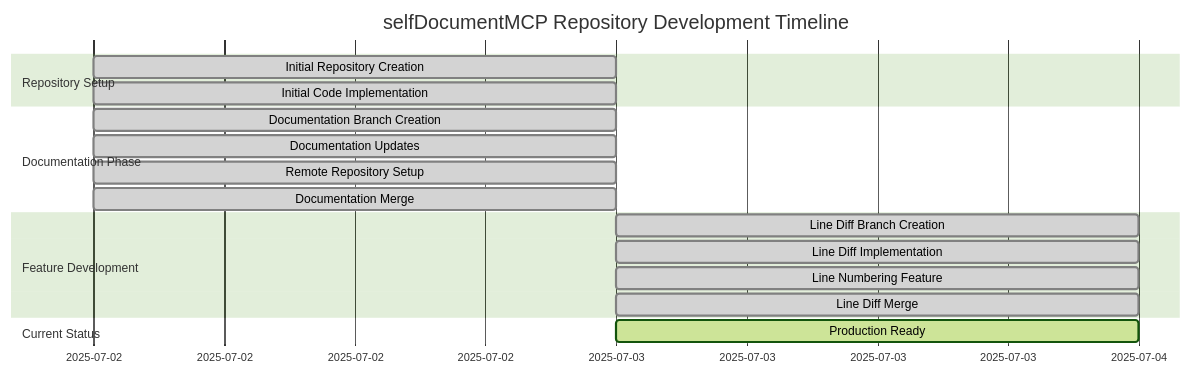
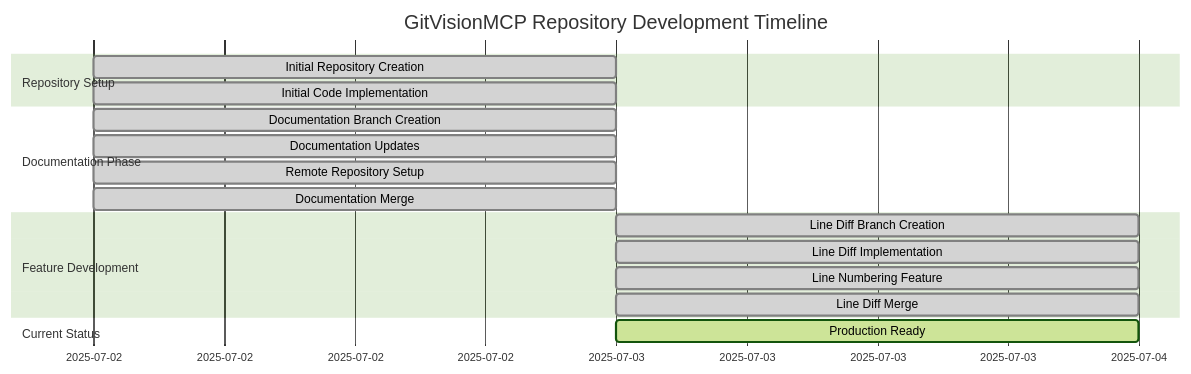
The second of 2 diagrams in MERGE_SUMMARY.md (MCPRUNNER/selfDocumentMCP), drawn with Mermaid (forest theme) before and after one commit. The commit also changed other lines of this file and 18 other files, not shown here.

Commit message:
Using new GitVisionMCP project name

````diff
--- a/MERGE_SUMMARY.md
+++ b/MERGE_SUMMARY.md
@@ -68,23 +68,23 @@
 ```mermaid
 gantt
-    title selfDocumentMCP Repository Development Timeline
+    title GitVisionMCP Repository Development Timeline
     dateFormat  YYYY-MM-DD
     section Repository Setup
     Initial Repository Creation    :done, init, 2025-07-02, 1d
     Initial Code Implementation    :done, code, 2025-07-02, 1d
 
     section Documentation Phase
     Documentation Branch Creation  :done, doc-branch, 2025-07-02, 1d
     Documentation Updates         :done, doc-work, 2025-07-02, 1d
     Remote Repository Setup       :done, remote, 2025-07-02, 1d
     Documentation Merge          :done, doc-merge, 2025-07-02, 1d
 
     section Feature Development
     Line Diff Branch Creation     :done, diff-branch, 2025-07-03, 1d
     Line Diff Implementation      :done, diff-work, 2025-07-03, 1d
     Line Numbering Feature        :done, numbering, 2025-07-03, 1d
     Line Diff Merge              :done, diff-merge, 2025-07-03, 1d
 
     section Current Status
     Production Ready             :active, prod, 2025-07-03, 1d
 ```
````
